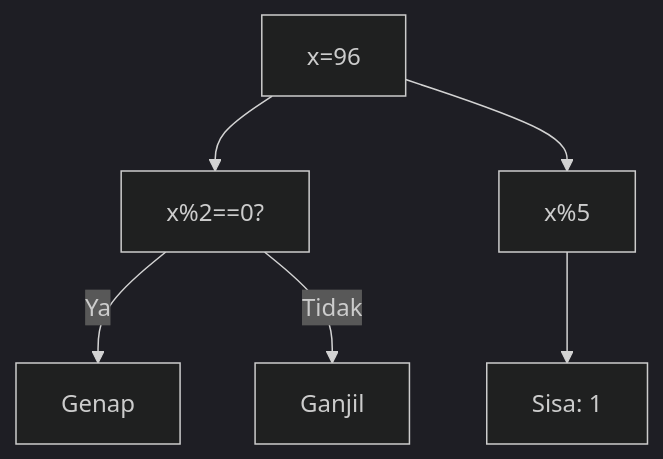
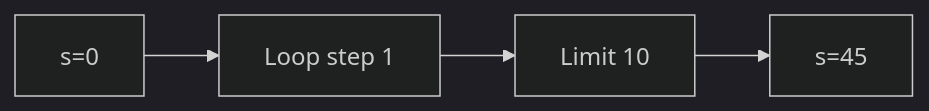
Before and after one commit to amnahwaida/OSNK_INF_PREP: diagram 15 of 25 in part-c-pemahaman-cpp/03-perulangan/latihan/set-01.md, drawn with Mermaid (dark theme). The commit also changed other lines of this file and 71 other files, not shown here.

````diff
--- a/part-c-pemahaman-cpp/03-perulangan/latihan/set-01.md
+++ b/part-c-pemahaman-cpp/03-perulangan/latihan/set-01.md
@@ -532,8 +399,6 @@
 ```mermaid
-graph TD
-A["x=96"] --> B["x%2==0?"]
-B -- Ya --> C["Genap"]
-B -- Tidak --> D["Ganjil"]
-A --> E["x%5"]
-E --> F["Sisa: 1"]
+graph LR
+A["s=0"] --> B["Loop step 1"]
+B --> C["Limit 10"]
+C --> D["s=45"]
 ```
````
